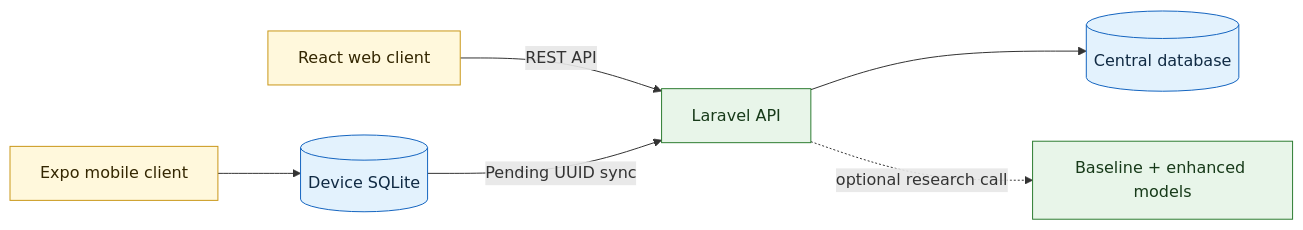
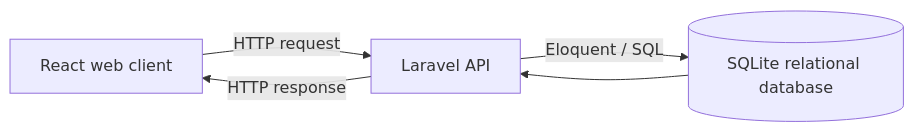
The second of 2 diagrams in README.md (Feliciety02/Banana-Leaf-Disease-Scanner), drawn with Mermaid before and after one commit. The commit also changed other lines of this file and 7 other files, not shown here.

First line of the commit message:
docs: refresh boundaries, architecture, and quality-attribute documentation

````diff
--- a/README.md
+++ b/README.md
@@ -71,15 +84,7 @@
 ```mermaid
 flowchart LR
-    Web[React web client] -->|REST API| API[Laravel API]
-    Mobile[Expo mobile client] --> Device[(Device SQLite)]
-    Device -->|Pending UUID sync| API
-    API --> Central[(Central database)]
-    API -. optional research call .-> Models[Baseline + enhanced models]
-
-    classDef client fill:#FFF8DC,stroke:#C99718,color:#332600;
-    classDef service fill:#E8F5E9,stroke:#2E7D32,color:#173A19;
-    classDef data fill:#E3F2FD,stroke:#1565C0,color:#102A43;
-    class Web,Mobile client;
-    class API,Models service;
-    class Device,Central data;
+    Web[React web client] -->|HTTP request| API[Laravel API]
+    API -->|Eloquent / SQL| DB[(SQLite relational database)]
+    DB --> API
+    API -->|HTTP response| Web
 ```
````
